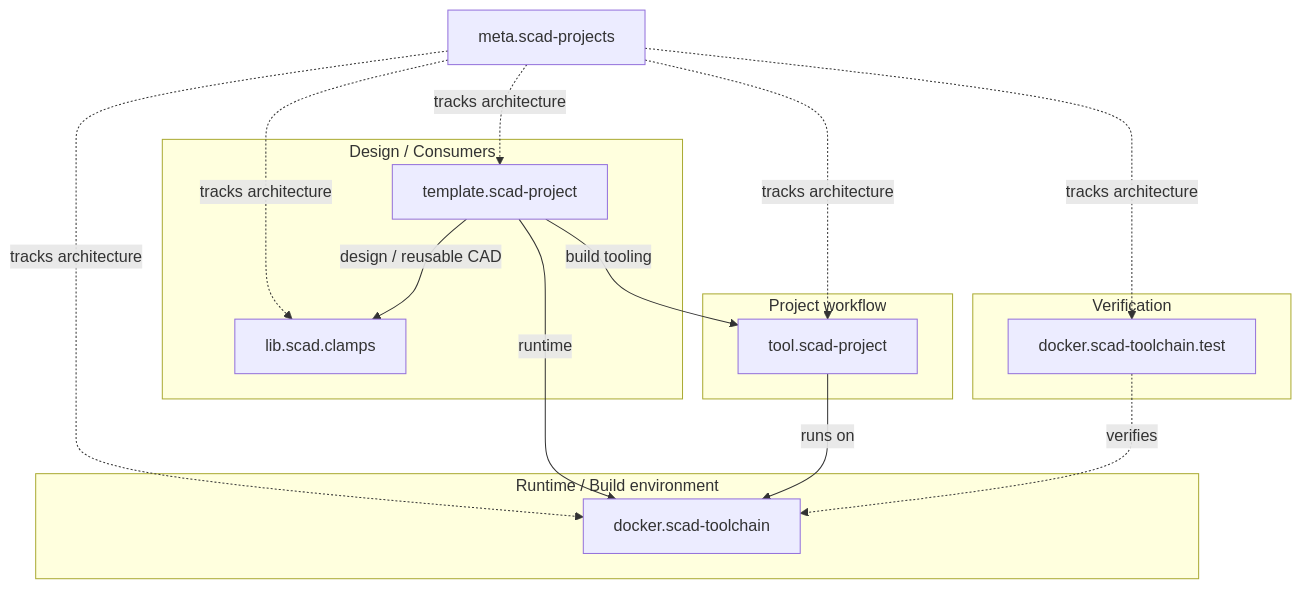
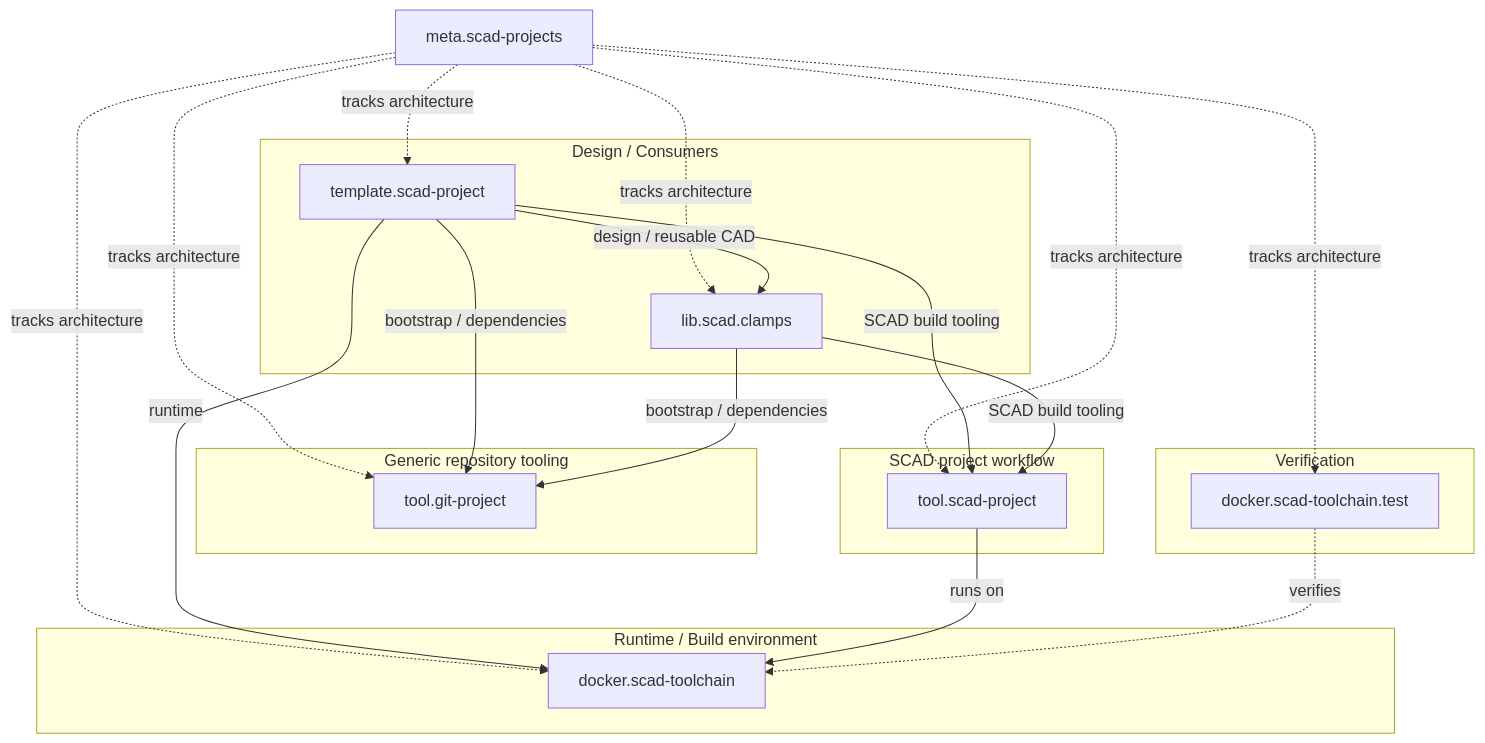
Before and after one commit to brainboxemb/meta.scad-projects: the diagram in docs/repository-map.md, drawn with Mermaid. The commit also changed other lines of this file and 8 other files, not shown here.

First line of the commit message:
Insert tool.git-project adoption before build telemetry (#4)

````diff
--- a/docs/repository-map.md
+++ b/docs/repository-map.md
@@ -16,34 +21,44 @@
 ```mermaid
 flowchart TD
 
     META["meta.scad-projects"]
 
+    subgraph GIT["Generic repository tooling"]
+        GITTOOL["tool.git-project"]
+    end
+
     subgraph RUNTIME["Runtime / Build environment"]
         TOOLCHAIN["docker.scad-toolchain"]
     end
 
-    subgraph WORKFLOW["Project workflow"]
+    subgraph WORKFLOW["SCAD project workflow"]
         TOOL["tool.scad-project"]
     end
 
     subgraph DESIGN["Design / Consumers"]
         TEMPLATE["template.scad-project"]
         CLAMPS["lib.scad.clamps"]
     end
 
     subgraph VERIFY["Verification"]
         TEST["docker.scad-toolchain.test"]
     end
 
+    META -.->|"tracks architecture"| GITTOOL
     META -.->|"tracks architecture"| TOOLCHAIN
     META -.->|"tracks architecture"| TOOL
     META -.->|"tracks architecture"| TEMPLATE
     META -.->|"tracks architecture"| CLAMPS
     META -.->|"tracks architecture"| TEST
 
-    TEMPLATE -->|"build tooling"| TOOL
+    TEMPLATE -->|"bootstrap / dependencies"| GITTOOL
+    TEMPLATE -->|"SCAD build tooling"| TOOL
     TEMPLATE -->|"runtime"| TOOLCHAIN
     TEMPLATE -->|"design / reusable CAD"| CLAMPS
+
+    CLAMPS -->|"bootstrap / dependencies"| GITTOOL
+    CLAMPS -->|"SCAD build tooling"| TOOL
+
     TOOL -->|"runs on"| TOOLCHAIN
     TEST -.->|"verifies"| TOOLCHAIN
 ```
````
